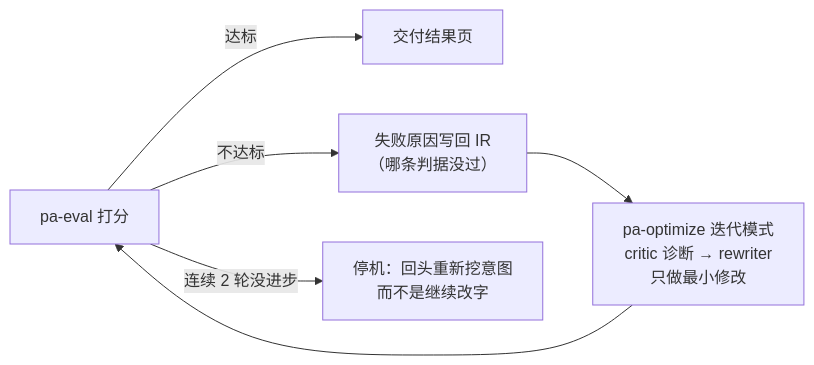
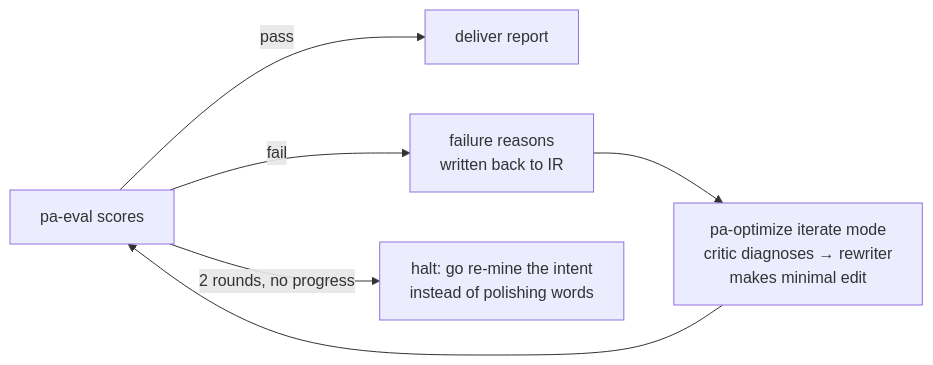
One commit to Cy4nLiang/prompt-architect changed the third of 3 diagrams in README.md. Above: the diagram before and after it, drawn with Mermaid. The commit also changed other lines of this file and 14 other files, not shown here.

````diff
--- a/README.md
+++ b/README.md
@@ -175,8 +167,8 @@
 ```mermaid
 flowchart LR
-    E["pa-eval 打分"] -->|达标| H["交付结果页"]
-    E -->|不达标| F["失败原因写回 IR<br/>（哪条判据没过）"]
-    F --> R["pa-optimize 迭代模式<br/>critic 诊断 → rewriter<br/>只做最小修改"]
+    E["pa-eval scores"] -->|pass| H["deliver report"]
+    E -->|fail| F["failure reasons<br/>written back to IR"]
+    F --> R["pa-optimize iterate mode<br/>critic diagnoses → rewriter<br/>makes minimal edit"]
     R --> E
-    E -->|连续 2 轮没进步| S["停机：回头重新挖意图<br/>而不是继续改字"]
+    E -->|2 rounds, no progress| S["halt: go re-mine the intent<br/>instead of polishing words"]
 ```
````
